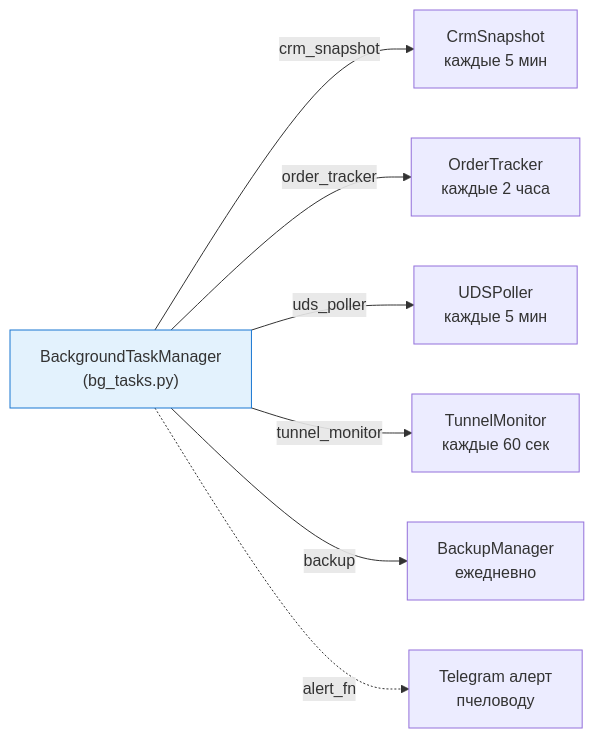
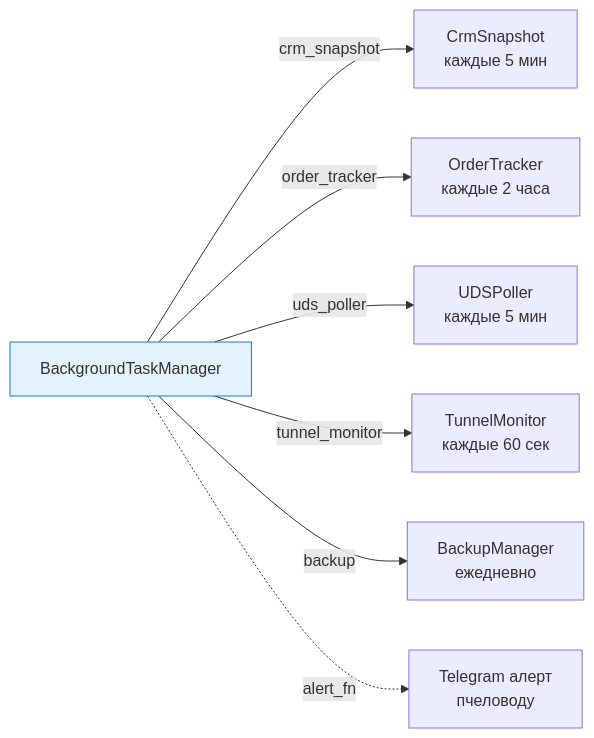
The eighth of 15 diagrams in docs/architecture.md (unidel2035/BEEBOT), drawn with Mermaid before and after one commit. The commit also changed other lines of this file, not shown here.

First line of the commit message:
docs: переписать architecture.md под unified process

````diff
--- a/docs/architecture.md
+++ b/docs/architecture.md
@@ -365,14 +373,14 @@
 ```mermaid
 graph LR
-    BG["BackgroundTaskManager<br/>(bg_tasks.py)"]
+    BG["BackgroundTaskManager"]
 
     BG -->|"crm_snapshot"| SNAP["CrmSnapshot<br/>каждые 5 мин"]
     BG -->|"order_tracker"| TRACK["OrderTracker<br/>каждые 2 часа"]
     BG -->|"uds_poller"| UDS["UDSPoller<br/>каждые 5 мин"]
     BG -->|"tunnel_monitor"| TUN["TunnelMonitor<br/>каждые 60 сек"]
     BG -->|"backup"| BACK["BackupManager<br/>ежедневно"]
 
     BG -.->|"alert_fn"| TG["Telegram алерт<br/>пчеловоду"]
 
     style BG fill:#e3f2fd,stroke:#1976d2
 ```
````
